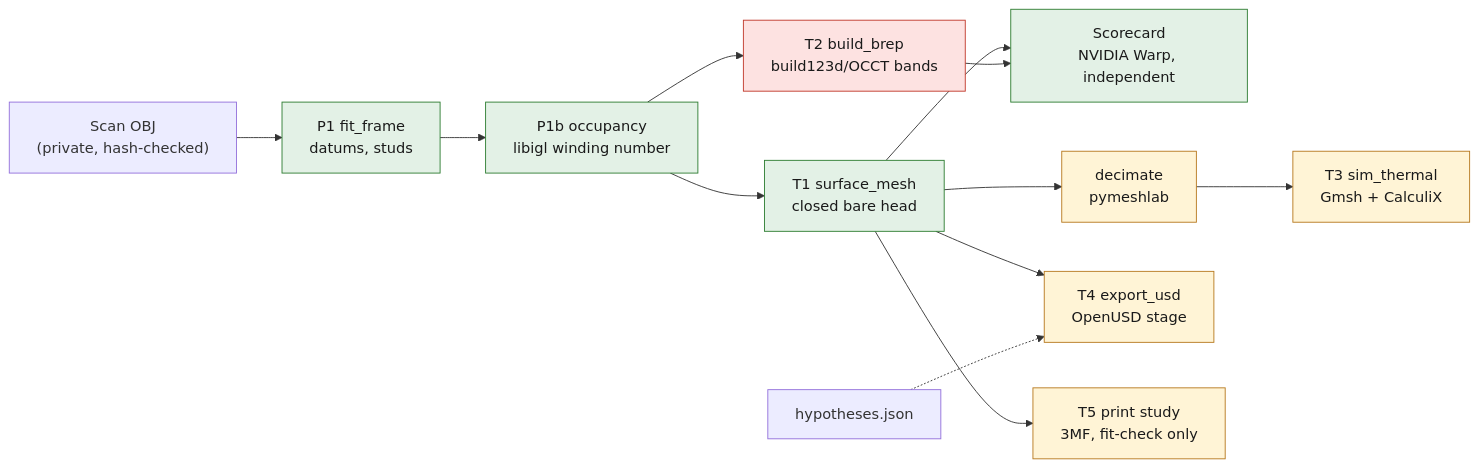
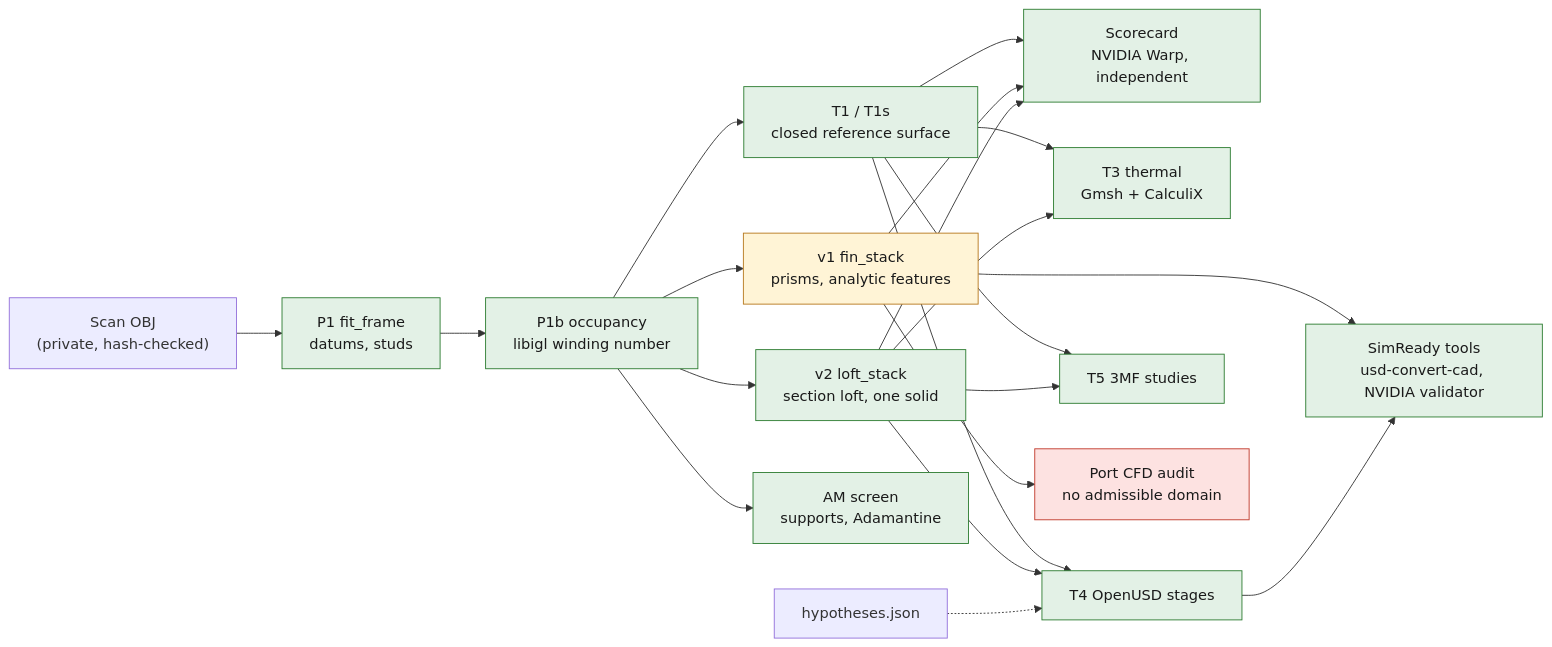
Before and after one commit to cluster2600/porscheparts: the third of 6 diagrams in twins/935-cylinder-head-cad-twin/README.md, drawn with Mermaid. The commit also changed other lines of this file and 37 other files, not shown here.

````diff
--- a/twins/935-cylinder-head-cad-twin/README.md
+++ b/twins/935-cylinder-head-cad-twin/README.md
@@ -68,20 +88,28 @@
 ```mermaid
 flowchart LR
   S["Scan OBJ<br/>(private, hash-checked)"] --> F["P1 fit_frame<br/>datums, studs"]
   F --> O["P1b occupancy<br/>libigl winding number"]
-  O --> T1["T1 surface_mesh<br/>closed bare head"]
-  O --> T2["T2 build_brep<br/>build123d/OCCT bands"]
+  O --> T1["T1 / T1s<br/>closed reference surface"]
+  O --> V1["v1 fin_stack<br/>prisms, analytic features"]
+  O --> V2["v2 loft_stack<br/>section loft, one solid"]
   T1 --> SC["Scorecard<br/>NVIDIA Warp, independent"]
-  T2 --> SC
-  T1 --> D["decimate<br/>pymeshlab"]
-  D --> TH["T3 sim_thermal<br/>Gmsh + CalculiX"]
-  T1 --> U["T4 export_usd<br/>OpenUSD stage"]
-  T1 --> P["T5 print study<br/>3MF, fit-check only"]
+  V1 --> SC
+  V2 --> SC
+  T1 --> TH["T3 thermal<br/>Gmsh + CalculiX"]
+  V2 --> TH
+  T1 --> U["T4 OpenUSD stages"]
+  V2 --> U
+  T1 --> P["T5 3MF studies"]
+  V2 --> P
+  V1 --> SR["SimReady tools<br/>usd-convert-cad, NVIDIA validator"]
+  U --> SR
+  O --> AM["AM screen<br/>supports, Adamantine"]
+  V1 --> PA["Port CFD audit<br/>no admissible domain"]
   H["hypotheses.json"] -.-> U
   classDef ok fill:#e3f1e6,stroke:#2e7d32,color:#1a1a1a;
   classDef open fill:#fff4d6,stroke:#b7791f,color:#1a1a1a;
   classDef stop fill:#fde2e1,stroke:#c0392b,color:#1a1a1a;
-  class F,O,T1,SC ok;
-  class D,TH,U,P open;
-  class T2 stop;
+  class F,O,T1,SC,V2,TH,U,P,SR,AM ok;
+  class V1 open;
+  class PA stop;
 ```
````
